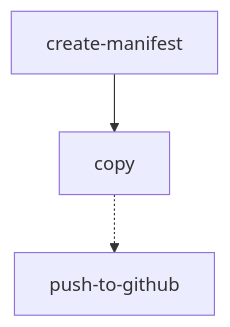
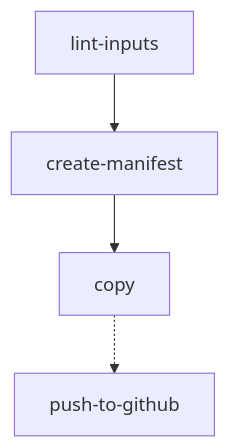
The second of 2 diagrams in workflows/imagery/README.md (linz/topo-workflows), drawn with Mermaid before and after one commit. The commit also changed other lines of this file and 1 other file, not shown here.

````diff
--- a/workflows/imagery/README.md
+++ b/workflows/imagery/README.md
@@ -180,4 +180,4 @@
 ```mermaid
 graph TD;
-    create-manifest-->copy-.->push-to-github;
+    lint-inputs-->create-manifest-->copy-.->push-to-github;
 ```
````
